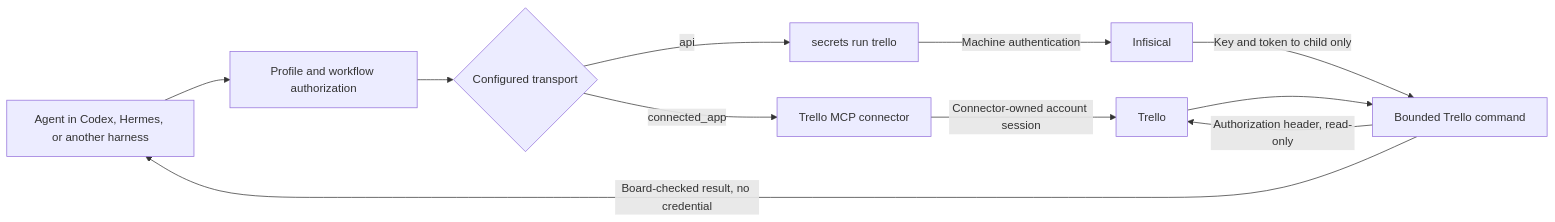
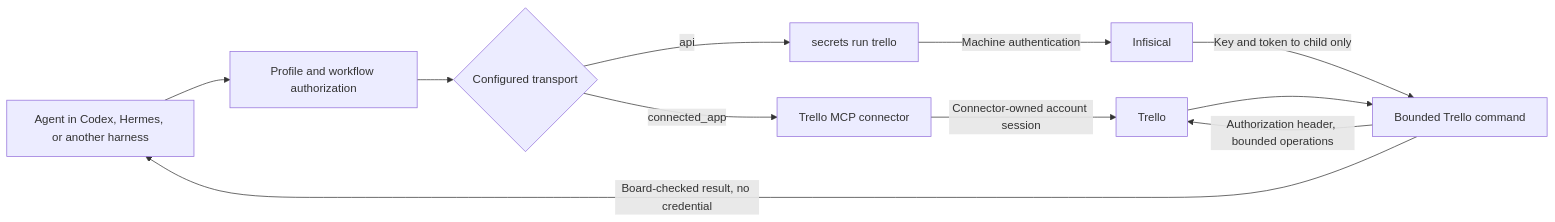
One commit to starodubtsevconsulting/ai-fleas changed the first of 3 diagrams in ai-commands/connect/trello/trello.command.md. Above: the diagram before and after it, drawn with Mermaid. The commit also changed other lines of this file and 5 other files, not shown here.

Commit message:
Add bounded Trello write operations

````diff
--- a/ai-commands/connect/trello/trello.command.md
+++ b/ai-commands/connect/trello/trello.command.md
@@ -15,13 +16,13 @@
 ```mermaid
 flowchart LR
   A[Agent in Codex, Hermes, or another harness] --> B[Profile and workflow authorization]
   B --> C{Configured transport}
   C -->|connected_app| D[Trello MCP connector]
   D -->|Connector-owned account session| T[Trello]
   C -->|api| E[secrets run trello]
   E -->|Machine authentication| F[Infisical]
   F -->|Key and token to child only| G[Bounded Trello command]
-  G -->|Authorization header, read-only| T
+  G -->|Authorization header, bounded operations| T
   T --> G
   G -->|Board-checked result, no credential| A
 ```
````
